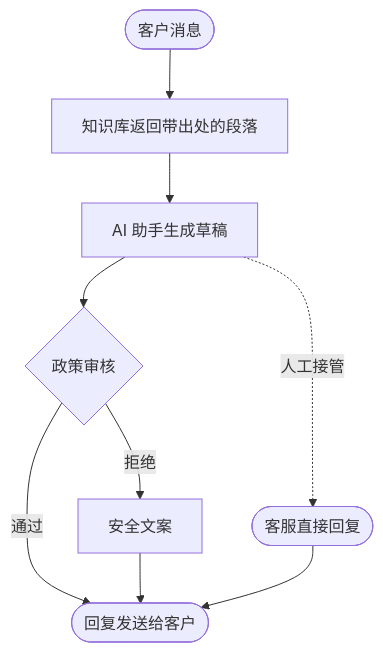
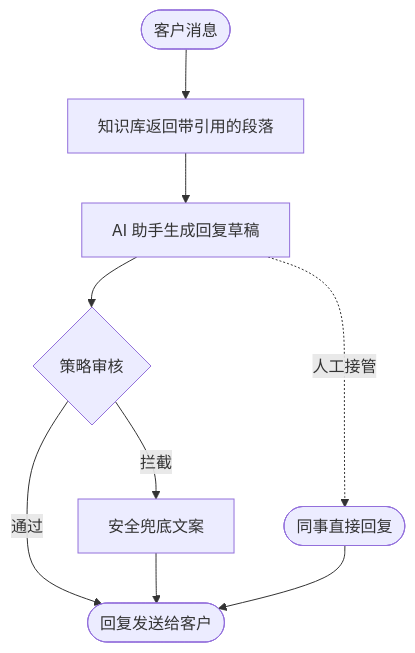
Before and after one commit to jameskkkk7/Bridge-Agents: the diagram in README.zh-CN.md, drawn with Mermaid. The commit also changed other lines of this file and 2 other files, not shown here.

````diff
--- a/README.zh-CN.md
+++ b/README.zh-CN.md
@@ -42,11 +47,11 @@
 ```mermaid
 flowchart TD
-    customer(["客户消息"]) --> retrieve["知识库返回带出处的段落"]
-    retrieve --> assistant["AI 助手生成草稿"]
-    assistant --> review{"政策审核"}
+    customer(["客户消息"]) --> retrieve["知识库返回带引用的段落"]
+    retrieve --> assistant["AI 助手生成回复草稿"]
+    assistant --> review{"策略审核"}
     review -->|通过| sent(["回复发送给客户"])
-    review -->|拒绝| fallback["安全文案"]
+    review -->|拦截| fallback["安全兜底文案"]
     fallback --> sent
-    assistant -.->|人工接管| teammate(["客服直接回复"])
+    assistant -.->|人工接管| teammate(["同事直接回复"])
     teammate --> sent
 ```
````
